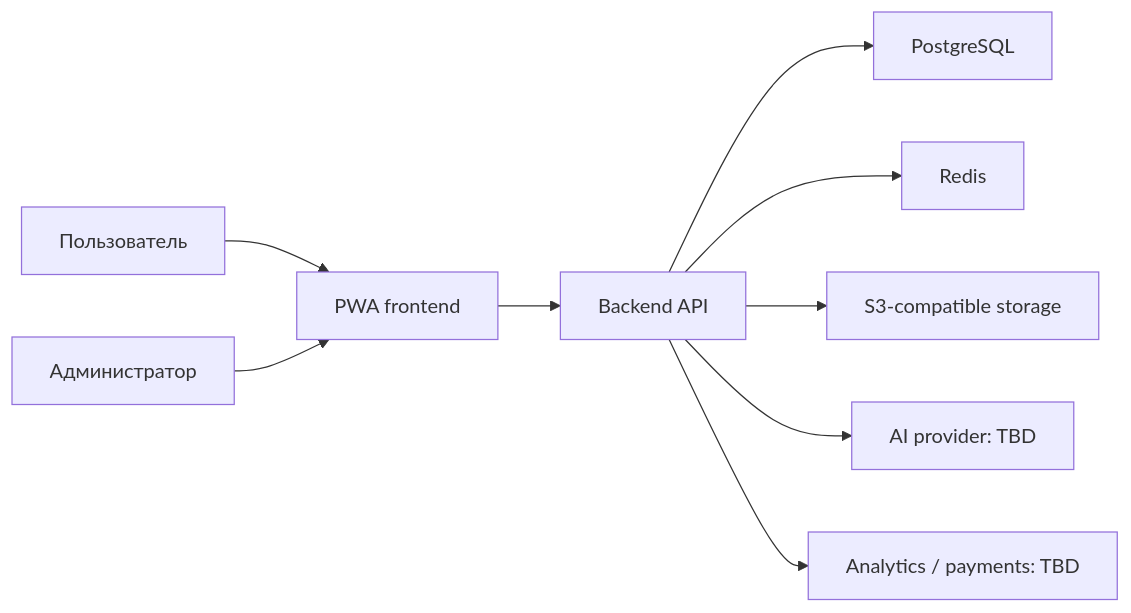
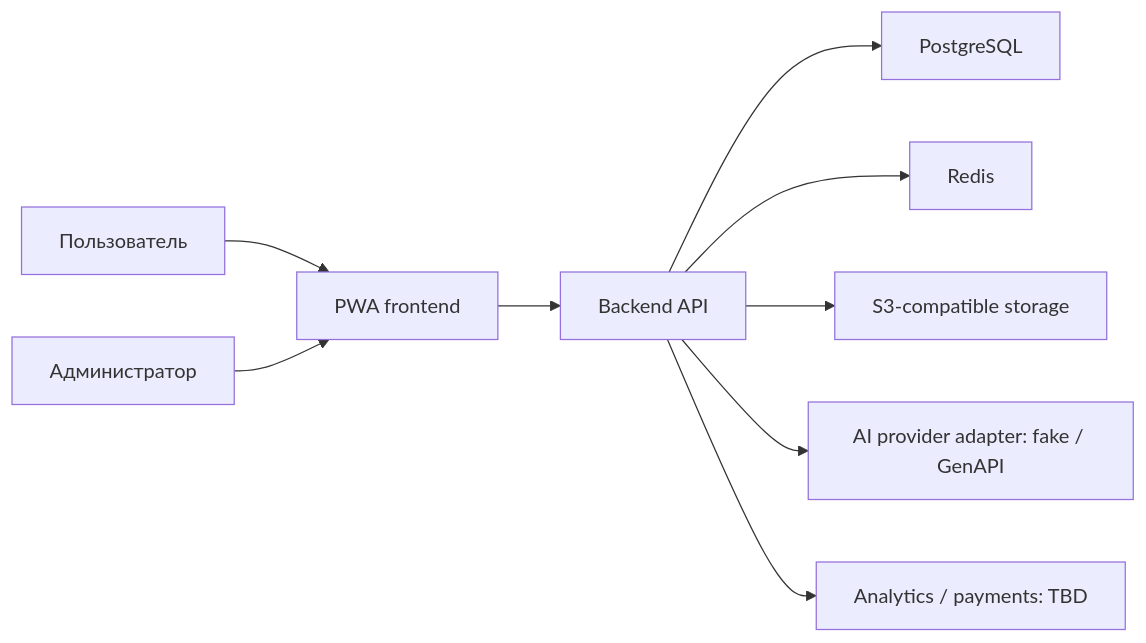
The diagram in docs/01-architecture/system-overview.md (igorgiftsayan-arch/ai-hudeetor), drawn with Mermaid before and after one commit. The commit also changed other lines of this file and 3 other files, not shown here.

Commit message:
docs(AI-001): record GenAPI provider decision

````diff
--- a/docs/01-architecture/system-overview.md
+++ b/docs/01-architecture/system-overview.md
@@ -7,11 +7,11 @@
 ```mermaid
 flowchart LR
   U["Пользователь"] --> PWA["PWA frontend"]
   A["Администратор"] --> PWA
   PWA --> API["Backend API"]
   API --> PG["PostgreSQL"]
   API --> R["Redis"]
   API --> S3["S3-compatible storage"]
-  API --> AI["AI provider: TBD"]
+  API --> AI["AI provider adapter: fake / GenAPI"]
   API --> EXT["Analytics / payments: TBD"]
 ```
````
